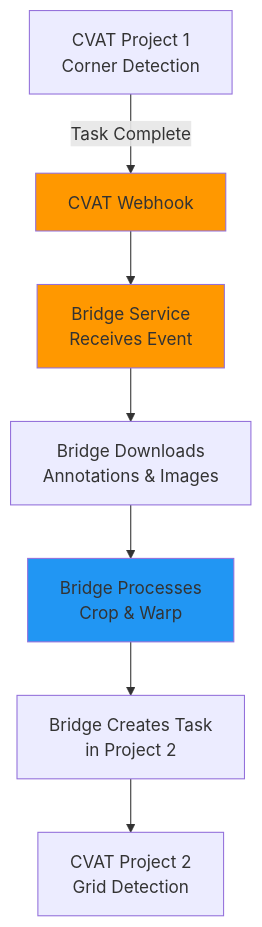
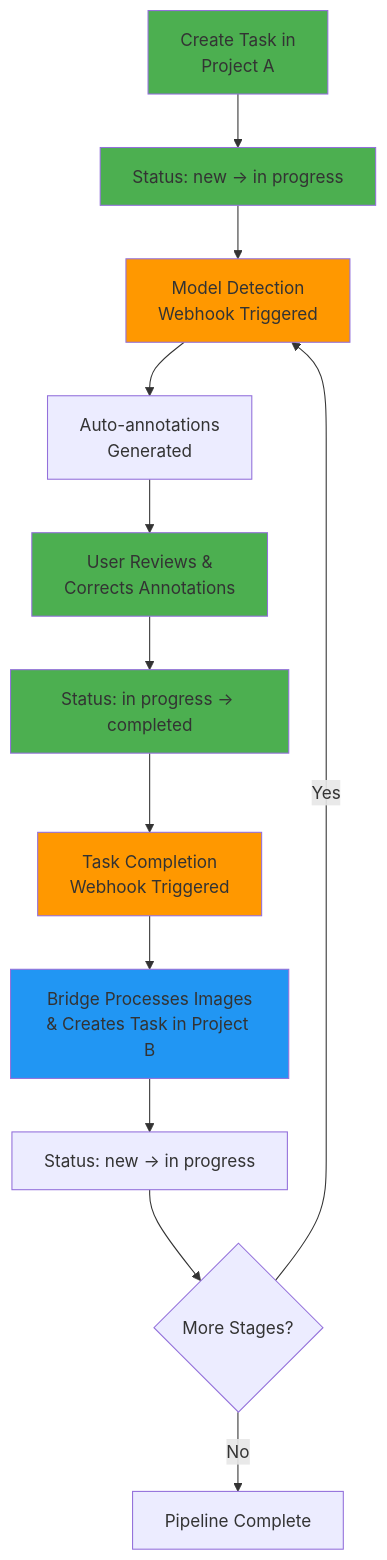
The first of 3 diagrams in docs/setup/configuration/for-end-users/2-webhooks-setup.md (Criobe/documentation), drawn with Mermaid before and after one commit. The commit also changed other lines of this file, not shown here.

Commit message:
Update flow chart

````diff
--- a/docs/setup/configuration/for-end-users/2-webhooks-setup.md
+++ b/docs/setup/configuration/for-end-users/2-webhooks-setup.md
@@ -15,13 +19,22 @@
 ```mermaid
 graph TB
-    A[CVAT Project 1<br/>Corner Detection] -->|Task Complete| B[CVAT Webhook]
-    B --> C[Bridge Service<br/>Receives Event]
-    C --> D[Bridge Downloads<br/>Annotations & Images]
-    D --> E[Bridge Processes<br/>Crop & Warp]
-    E --> F[Bridge Creates Task<br/>in Project 2]
-    F --> G[CVAT Project 2<br/>Grid Detection]
+    A[Create Task in<br/>Project A] --> B[Status: new → in progress]
+    B --> C[Model Detection<br/>Webhook Triggered]
+    C --> D[Auto-annotations<br/>Generated]
+    D --> E[User Reviews &<br/>Corrects Annotations]
+    E --> F[Status: in progress → completed]
+    F --> G[Task Completion<br/>Webhook Triggered]
+    G --> H[Bridge Processes Images<br/>& Creates Task in Project B]
+    H --> I[Status: new → in progress]
+    I --> J{More Stages?}
+    J -->|Yes| C
+    J -->|No| K[Pipeline Complete]
 
-    style B fill:#FF9800
+    style A fill:#4CAF50
+    style B fill:#4CAF50
+    style E fill:#4CAF50
+    style F fill:#4CAF50
     style C fill:#FF9800
-    style E fill:#2196F3
+    style G fill:#FF9800
+    style H fill:#2196F3
 ```
````
